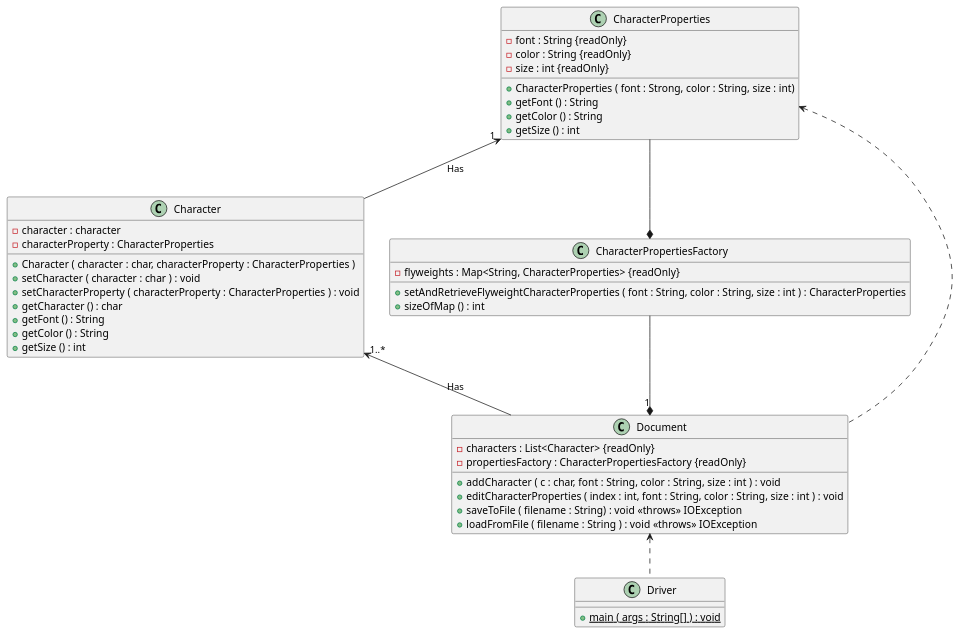
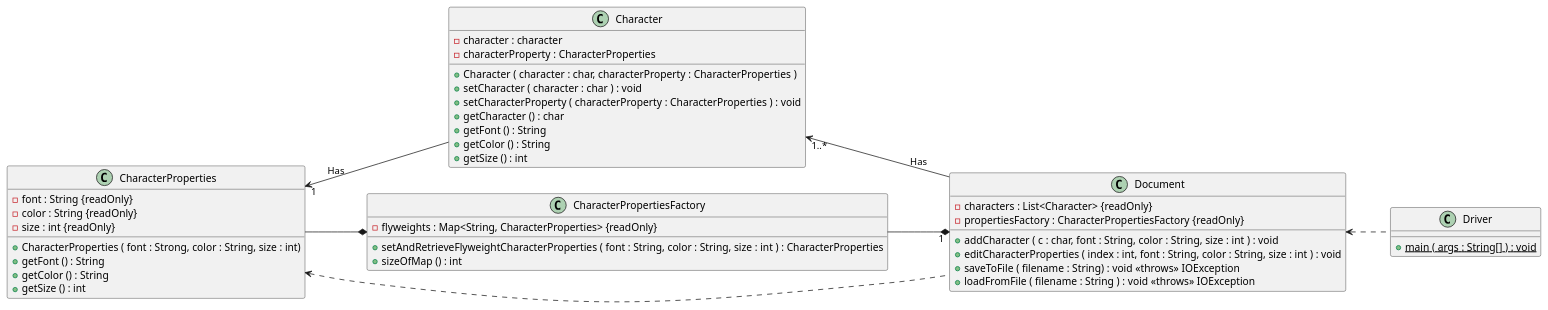
Before and after one commit to LoloMarty/2024-: the diagram in CS4800/HW7_Answer/umlDiag.puml, drawn with PlantUML. The commit also changed 2 other files, not shown here.

```diff
--- a/CS4800/HW7_Answer/umlDiag.puml
+++ b/CS4800/HW7_Answer/umlDiag.puml
@@ -1,63 +1,64 @@
 @startuml
-'https://plantuml.com/sequence-diagram
+
+left to right direction
 
 Class Character
 {
     - character : character
     - characterProperty : CharacterProperties
 
     + Character ( character : char, characterProperty : CharacterProperties )
     + setCharacter ( character : char ) : void
     + setCharacterProperty ( characterProperty : CharacterProperties ) : void
     + getCharacter () : char
     + getFont () : String
     + getColor () : String
     + getSize () : int
 }
 
 Class CharacterProperties
 {
     - font : String {readOnly}
     - color : String {readOnly}
     - size : int {readOnly}
 
     + CharacterProperties ( font : Strong, color : String, size : int)
     + getFont () : String
     + getColor () : String
     + getSize () : int
 }
 
 Class CharacterPropertiesFactory
 {
   - flyweights : Map<String, CharacterProperties> {readOnly}
   + setAndRetrieveFlyweightCharacterProperties ( font : String, color : String, size : int ) : CharacterProperties
   + sizeOfMap () : int
 }
 
 Class Document
 {
     - characters : List<Character> {readOnly}
     - propertiesFactory : CharacterPropertiesFactory {readOnly}
 
     + addCharacter ( c : char, font : String, color : String, size : int ) : void
     + editCharacterProperties ( index : int, font : String, color : String, size : int ) : void
     + saveToFile ( filename : String) : void <<throws>> IOException
     + loadFromFile ( filename : String ) : void <<throws>> IOException
 }
 
 Class Driver
 {
     + main ( args : String[] ) : void {static}
 }
 
 Character "1..*"<-- Document : Has
 
 CharacterProperties "1"<-- Character : Has
 CharacterProperties --* CharacterPropertiesFactory
 CharacterProperties <.. Document
 
 CharacterPropertiesFactory --* "1" Document
 
 Document <.. Driver
 
 @enduml
```
